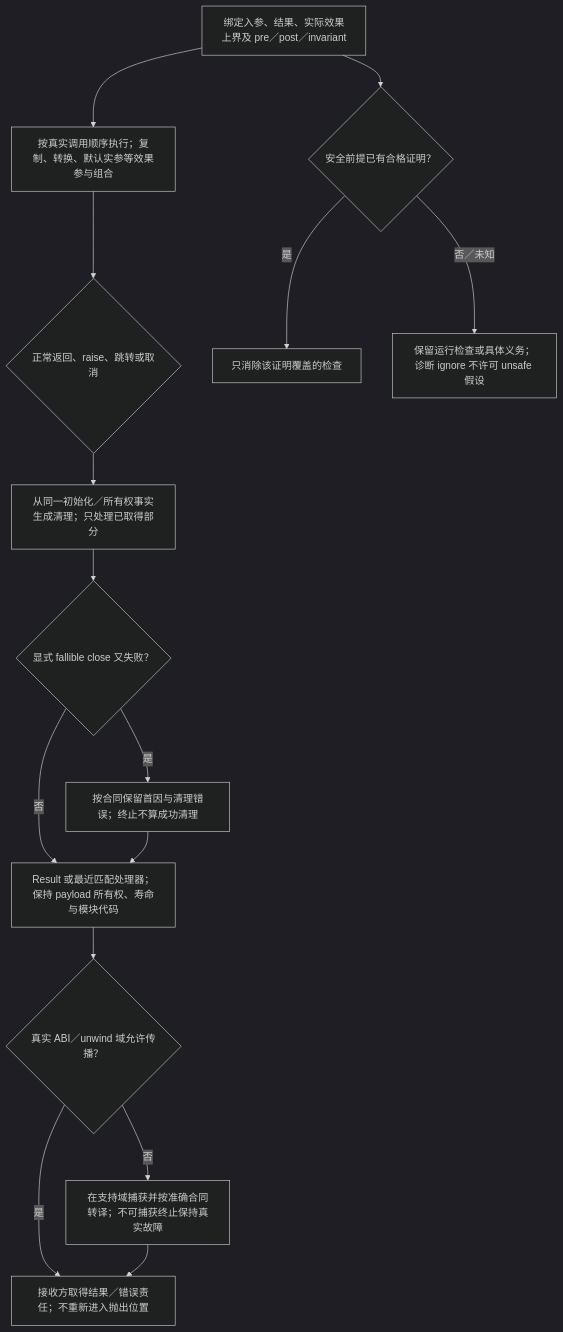
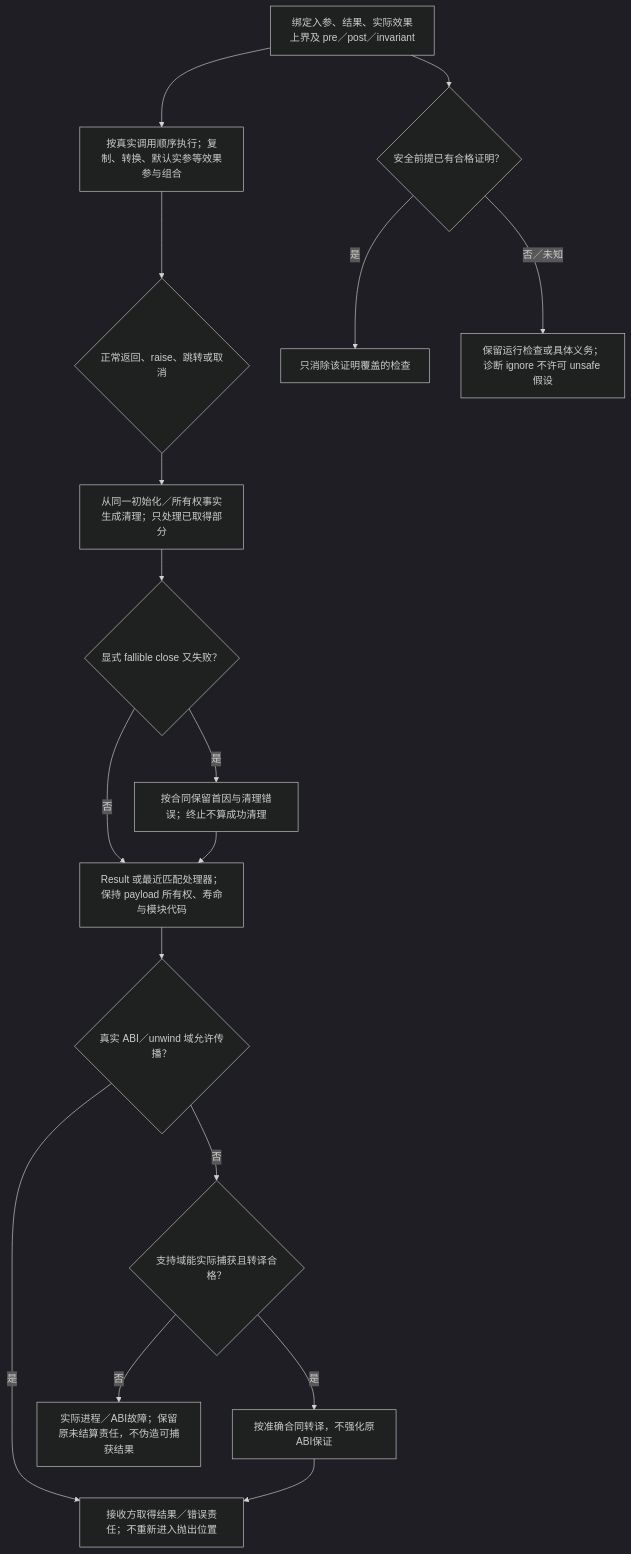
Before and after one commit to sec-platform/sec: the diagram in docs/领域/计算基础/错误传播与契约保持.md, drawn with Mermaid (dark theme). The commit also changed other lines of this file and 122 other files, not shown here.

First line of the commit message:
docs: unify system diagrams and remove redundant design text (#882)

````diff
--- a/docs/领域/计算基础/错误传播与契约保持.md
+++ b/docs/领域/计算基础/错误传播与契约保持.md
@@ -35,17 +35,19 @@
 ```mermaid
 flowchart TB
   contract["绑定入参、结果、实际效果上界及 pre／post／invariant"] --> evaluate["按真实调用顺序执行；复制、转换、默认实参等效果参与组合"]
   evaluate --> exit{"正常返回、raise、跳转或取消"}
   exit --> cleanup["从同一初始化／所有权事实生成清理；只处理已取得部分"]
   cleanup --> second{"显式 fallible close 又失败？"}
   second -->|是| aggregate["按合同保留首因与清理错误；终止不算成功清理"]
   second -->|否| propagate["Result 或最近匹配处理器；保持 payload 所有权、寿命与模块代码"]
   aggregate --> propagate
   propagate --> boundary{"真实 ABI／unwind 域允许传播？"}
-  boundary -->|否| convert["在支持域捕获并按准确合同转译；不可捕获终止保持真实故障"]
+  boundary -->|否| capture{"支持域能实际捕获且转译合格？"}
+  capture -->|是| convert["按准确合同转译，不强化原ABI保证"]
+  capture -->|否| fatal["实际进程／ABI故障；保留原未结算责任，不伪造可捕获结果"]
   boundary -->|是| receive["接收方取得结果／错误责任；不重新进入抛出位置"]
   convert --> receive
   contract --> proof{"安全前提已有合格证明？"}
   proof -->|是| eliminate["只消除该证明覆盖的检查"]
   proof -->|否／未知| runtime["保留运行检查或具体义务；诊断 ignore 不许可 unsafe 假设"]
 ```
````
